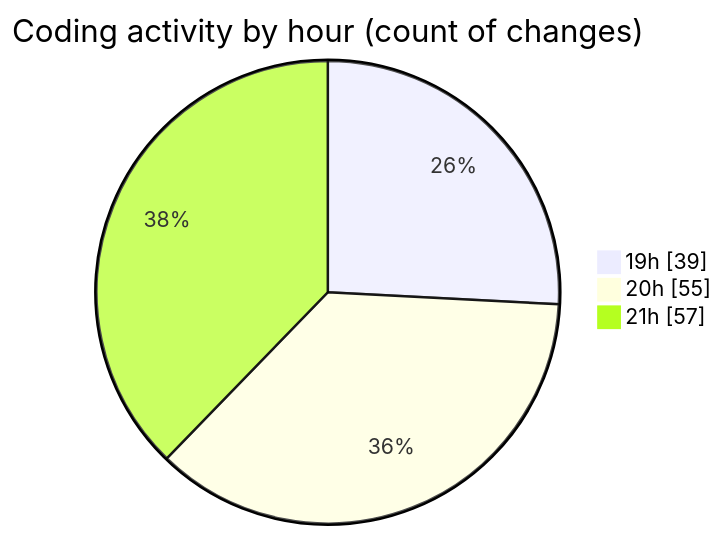
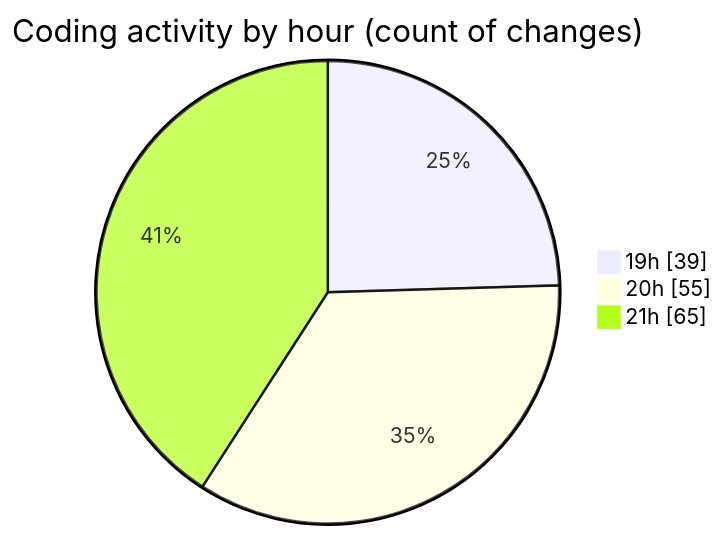
Before and after one commit to momahboobian/code-tracking: the second of 2 diagrams in 2026-06-16/cda/README.md, drawn with Mermaid. The commit also changed other lines of this file and 1 other file, not shown here.

````diff
--- a/2026-06-16/cda/README.md
+++ b/2026-06-16/cda/README.md
@@ -84,7 +86,7 @@
 ```mermaid
 pie showData
 title Coding activity by hour (count of changes)
 "19h" : 39
 "20h" : 55
-"21h" : 57
+"21h" : 65
 ```
````
